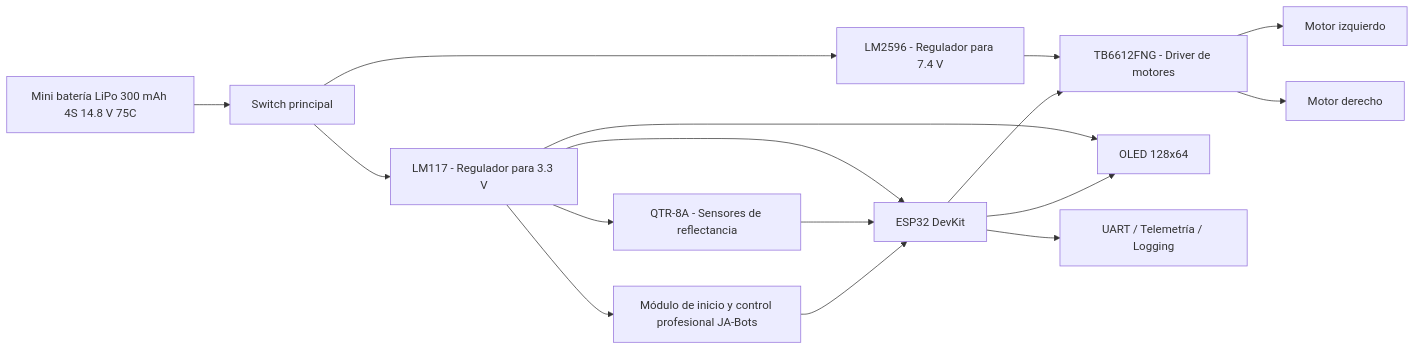
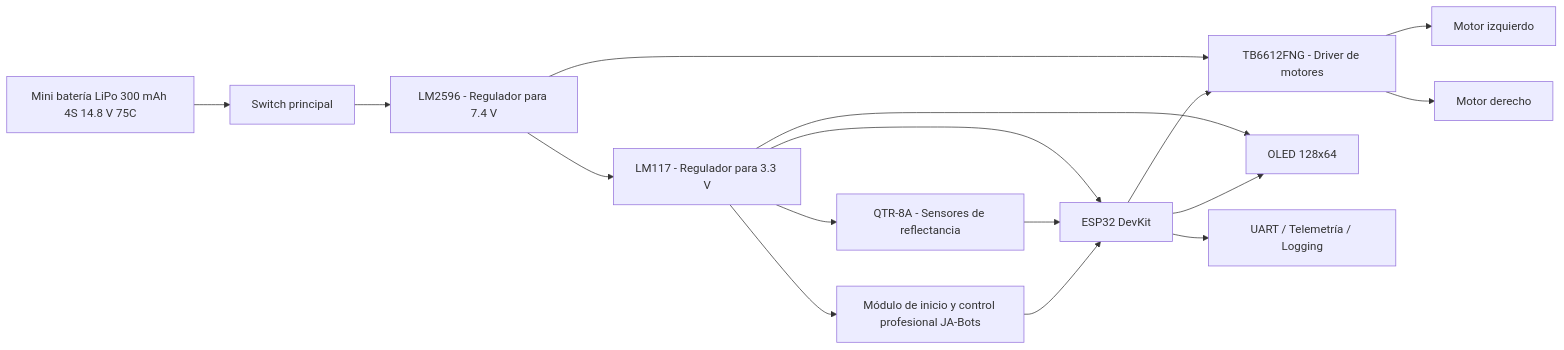
One commit to angelasanarc/Proyecto-SE-2026 changed the diagram in docs/sistema.md. Above: the diagram before and after it, drawn with Mermaid.

````diff
--- a/docs/sistema.md
+++ b/docs/sistema.md
@@ -53,21 +53,21 @@
 ```mermaid
 flowchart LR
     A[Mini batería LiPo 300 mAh 4S 14.8 V 75C] --> B[Switch principal]
     B --> C[LM2596 - Regulador para 7.4 V]
-    B --> D[LM117 - Regulador para 3.3 V]
+    C --> D[LM117 - Regulador para 3.3 V]
 
     C --> E[TB6612FNG - Driver de motores]
     E --> F[Motor izquierdo]
     E --> G[Motor derecho]
 
     D --> H[ESP32 DevKit]
     D --> I[QTR-8A - Sensores de reflectancia]
     D --> J[OLED 128x64]
     D --> K[Módulo de inicio y control profesional JA-Bots]
 
     I --> H
     K --> H
     H --> E
     H --> J
     H --> L[UART / Telemetría / Logging]
 ```
````
